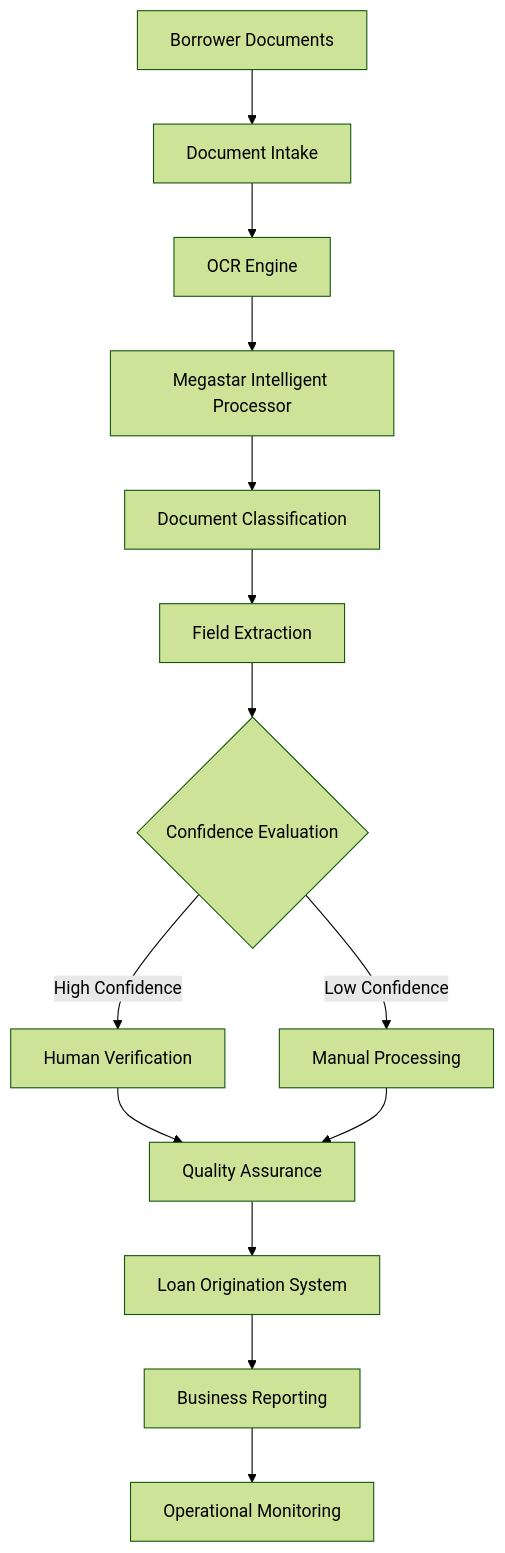
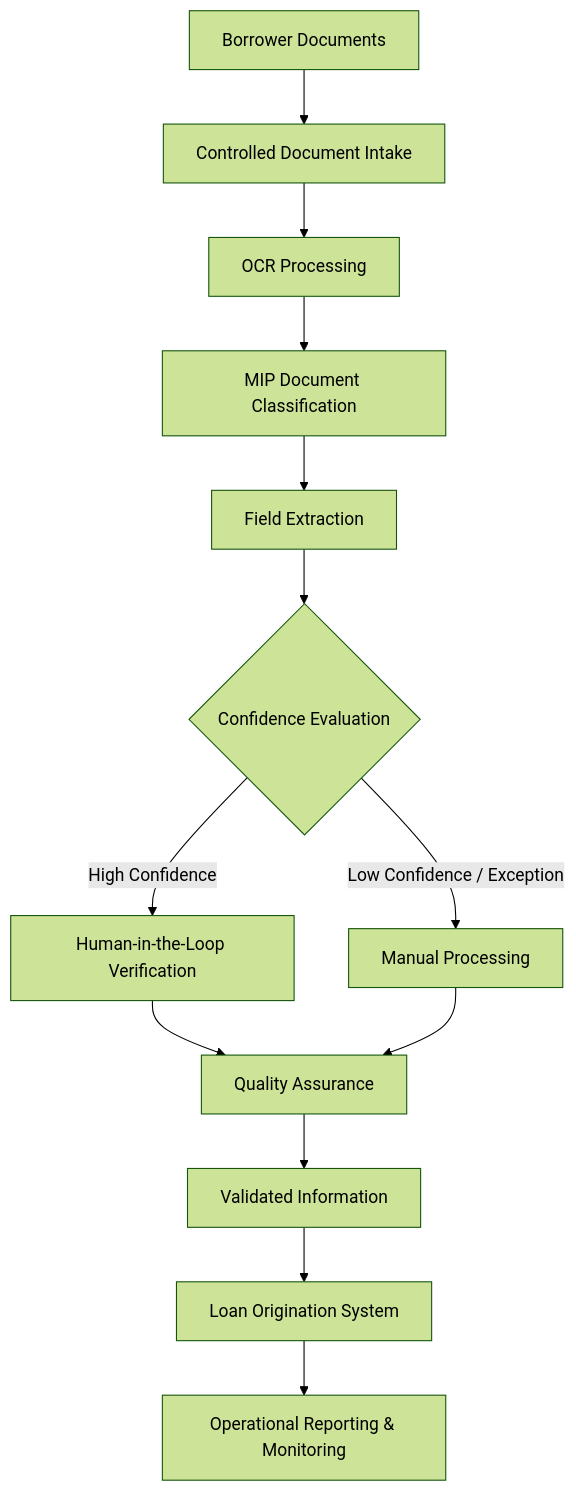
Before and after one commit to Governor-AK/enterprise-ai-governance-playbook: the diagram in 01-Foundations/04-Enterprise-AI-Architecture.md, drawn with Mermaid (forest theme). The commit also changed other lines of this file, not shown here.

Commit message:
refactor(foundations): clarify enterprise AI architecture boundaries

````diff
--- a/01-Foundations/04-Enterprise-AI-Architecture.md
+++ b/01-Foundations/04-Enterprise-AI-Architecture.md
@@ -47,29 +44,28 @@
 ```mermaid
 flowchart TD
 
-A[Borrower Documents] --> B[Document Intake]
+A[Borrower Documents]
+--> B[Controlled Document Intake]
 
-B --> C[OCR Engine]
+B --> C[OCR Processing]
 
-C --> D[Megastar Intelligent Processor]
+C --> D[MIP Document Classification]
 
-D --> E[Document Classification]
+D --> E[Field Extraction]
 
-E --> F[Field Extraction]
+E --> F{Confidence Evaluation}
 
-F --> G{Confidence Evaluation}
+F -->|High Confidence| G[Human-in-the-Loop Verification]
 
-G -->|High Confidence| H[Human Verification]
+F -->|Low Confidence / Exception| H[Manual Processing]
 
-G -->|Low Confidence| I[Manual Processing]
+G --> I[Quality Assurance]
 
-H --> J[Quality Assurance]
+H --> I
 
-I --> J
+I --> J[Validated Information]
 
 J --> K[Loan Origination System]
 
-K --> L[Business Reporting]
-
-L --> M[Operational Monitoring]
+K --> L[Operational Reporting & Monitoring]
 ```
````
